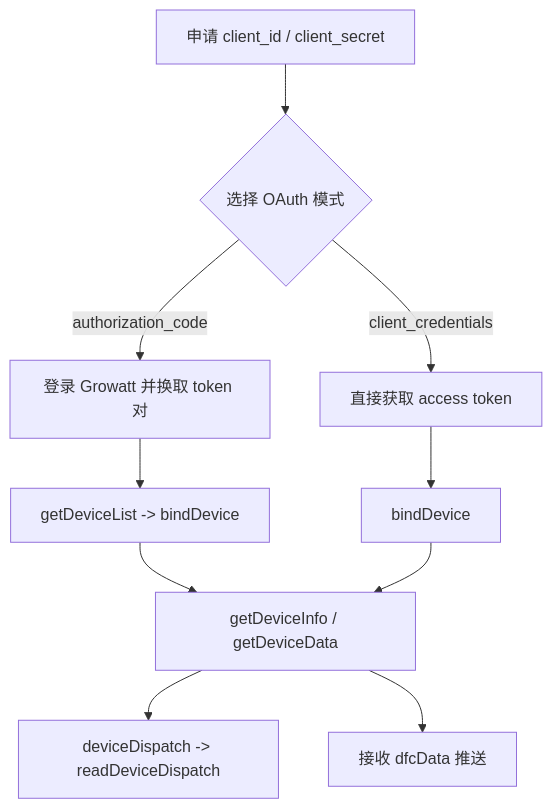
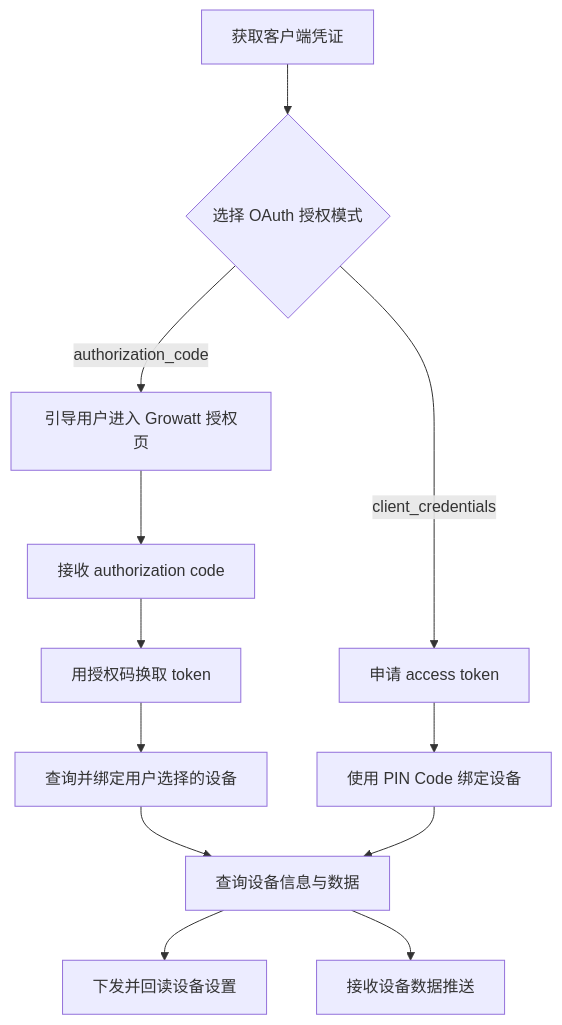
One commit to EugeneJian/growatt-unified-api changed the diagram in Growatt API/Growatt Open API Professional Integration Guide.zh-CN.md. Above: the diagram before and after it, drawn with Mermaid. The commit also changed other lines of this file and 46 other files, not shown here.

````diff
--- a/Growatt API/Growatt Open API Professional Integration Guide.zh-CN.md
+++ b/Growatt API/Growatt Open API Professional Integration Guide.zh-CN.md
@@ -16,12 +16,14 @@
 ```mermaid
 flowchart TD
-    A["申请 client_id / client_secret"] --> B{"选择 OAuth 模式"}
-    B -->|"authorization_code"| C["登录 Growatt 并换取 token 对"]
-    B -->|"client_credentials"| D["直接获取 access token"]
-    C --> E["getDeviceList -> bindDevice"]
-    D --> F["bindDevice"]
-    E --> G["getDeviceInfo / getDeviceData"]
-    F --> G
-    G --> H["deviceDispatch -> readDeviceDispatch"]
-    G --> I["接收 dfcData 推送"]
+    A["获取客户端凭证"] --> B{"选择 OAuth 授权模式"}
+    B -->|"authorization_code"| C["引导用户进入 Growatt 授权页"]
+    C --> D["接收 authorization code"]
+    D --> E["用授权码换取 token"]
+    E --> F["查询并绑定用户选择的设备"]
+    B -->|"client_credentials"| G["申请 access token"]
+    G --> H["使用 PIN Code 绑定设备"]
+    F --> I["查询设备信息与数据"]
+    H --> I
+    I --> J["下发并回读设备设置"]
+    I --> K["接收设备数据推送"]
 ```
````
